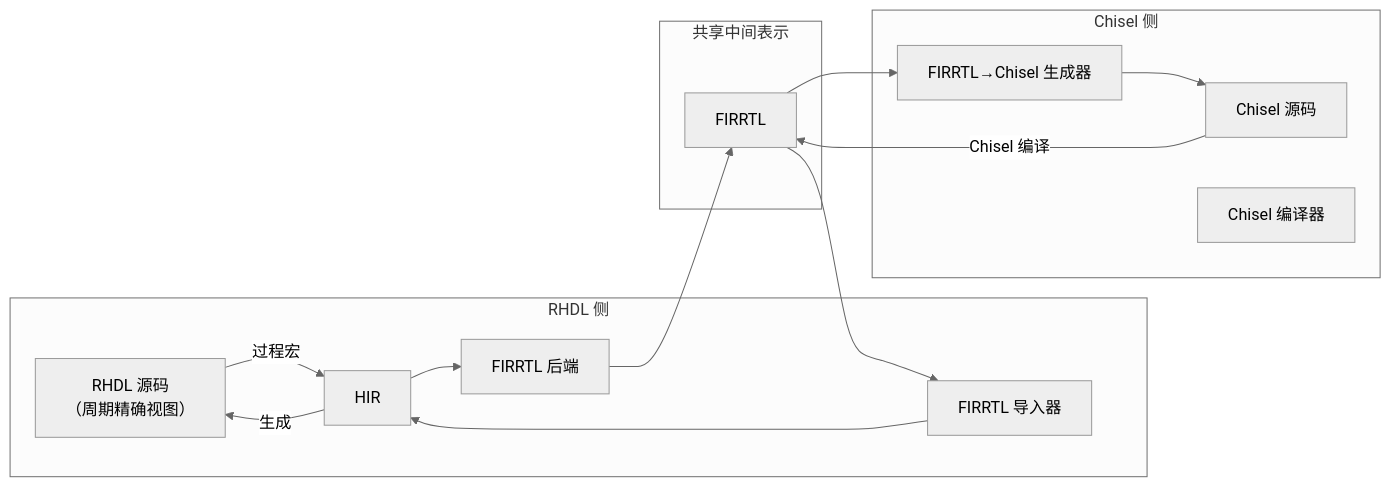
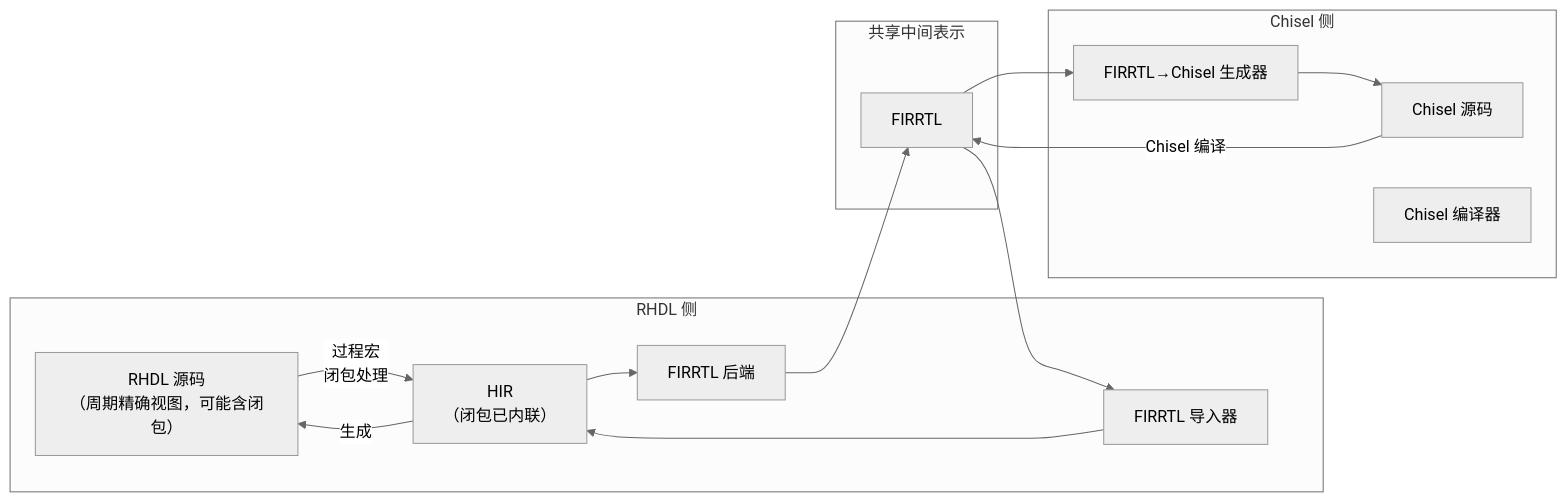
The second of 8 diagrams in docs/requirements/12. 与 Chisel 的互转设计.md (TangCan/bitloom), drawn with Mermaid (neutral theme) before and after one commit. The commit also changed other lines of this file and 17 other files, not shown here.

````diff
--- a/docs/requirements/12. 与 Chisel 的互转设计.md
+++ b/docs/requirements/12. 与 Chisel 的互转设计.md
@@ -42,25 +41,24 @@
 ```mermaid
 flowchart LR
     subgraph RHDL 侧
-        RHDL_SRC[RHDL 源码<br>（周期精确视图）]
-        HIR[HIR]
+        RHDL_SRC[RHDL 源码<br>（周期精确视图，可能含闭包）]
+        HIR[HIR<br>（闭包已内联）]
         RHDL_BE[FIRRTL 后端]
         RHDL_IMPORT[FIRRTL 导入器]
     end
     subgraph 共享中间表示
         FIRRTL[FIRRTL]
     end
     subgraph Chisel 侧
         CHISEL_SRC[Chisel 源码]
         CHISEL_COMP[Chisel 编译器]
         CHISEL_GEN[FIRRTL→Chisel 生成器]
     end
 
-    RHDL_SRC -->|过程宏| HIR
+    RHDL_SRC -->|过程宏<br>闭包处理| HIR
     HIR --> RHDL_BE --> FIRRTL
     FIRRTL --> CHISEL_GEN --> CHISEL_SRC
     CHISEL_SRC -->|Chisel 编译| FIRRTL
     FIRRTL --> RHDL_IMPORT --> HIR
     HIR -->|生成| RHDL_SRC
-
 ```
````
